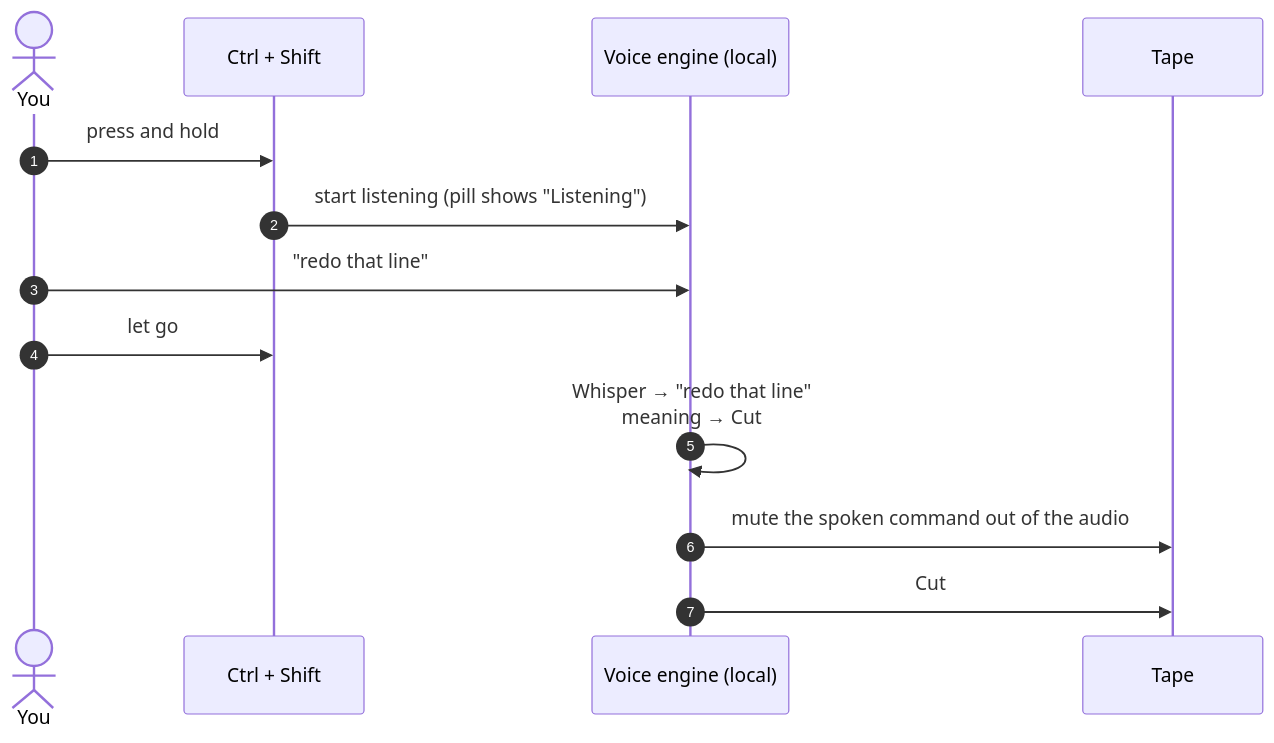
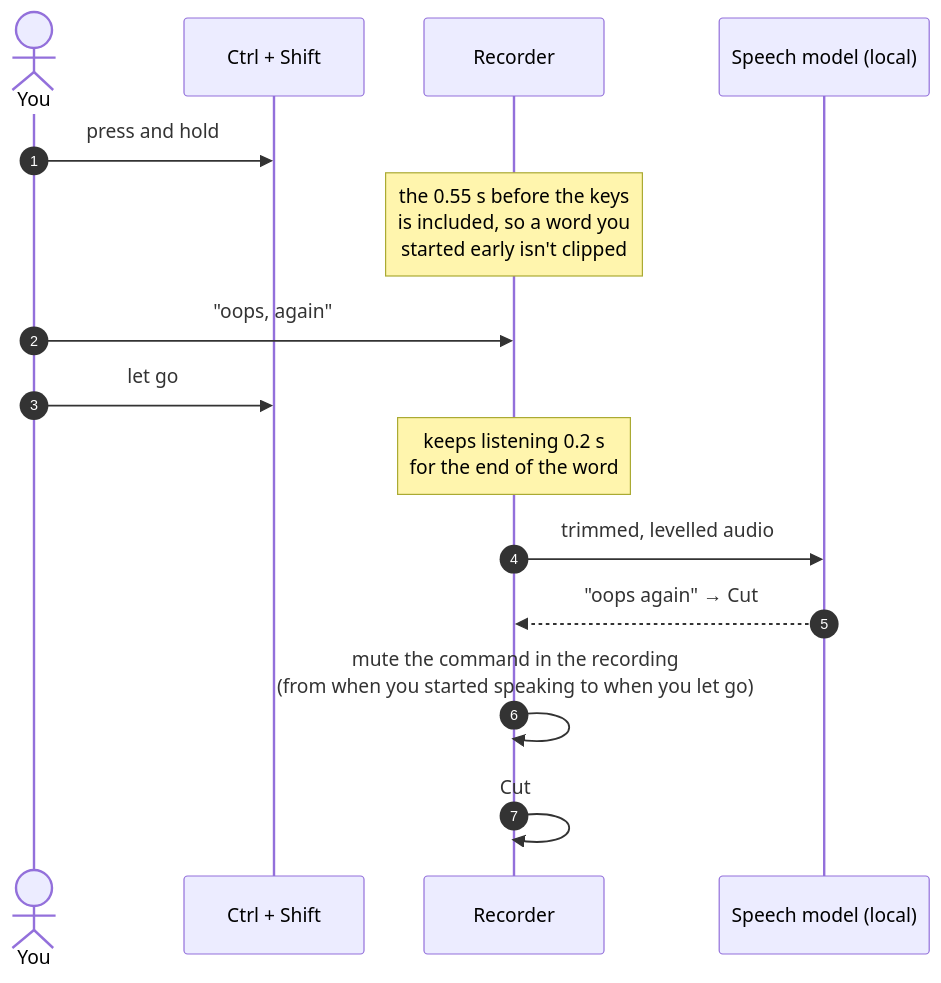
Before and after one commit to ScRocXx/Take1: the second of 6 diagrams in README.md, drawn with Mermaid. The commit also changed other lines of this file and 13 other files, not shown here.

````diff
--- a/README.md
+++ b/README.md
@@ -127,15 +103,17 @@
 ```mermaid
 sequenceDiagram
     autonumber
     actor You
     participant Keys as Ctrl + Shift
-    participant Ear as Voice engine (local)
-    participant Tape
+    participant Rec as Recorder
+    participant STT as Speech model (local)
     You->>Keys: press and hold
-    Keys->>Ear: start listening (pill shows "Listening")
-    You->>Ear: "redo that line"
+    Note over Rec: the 0.55 s before the keys<br/>is included, so a word you<br/>started early isn't clipped
+    You->>Rec: "oops, again"
     You->>Keys: let go
-    Ear->>Ear: Whisper → "redo that line"<br/>meaning → Cut
-    Ear->>Tape: mute the spoken command out of the audio
-    Ear->>Tape: Cut
+    Note over Rec: keeps listening 0.2 s<br/>for the end of the word
+    Rec->>STT: trimmed, levelled audio
+    STT-->>Rec: "oops again" → Cut
+    Rec->>Rec: mute the command in the recording<br/>(from when you started speaking to when you let go)
+    Rec->>Rec: Cut
 ```
````
